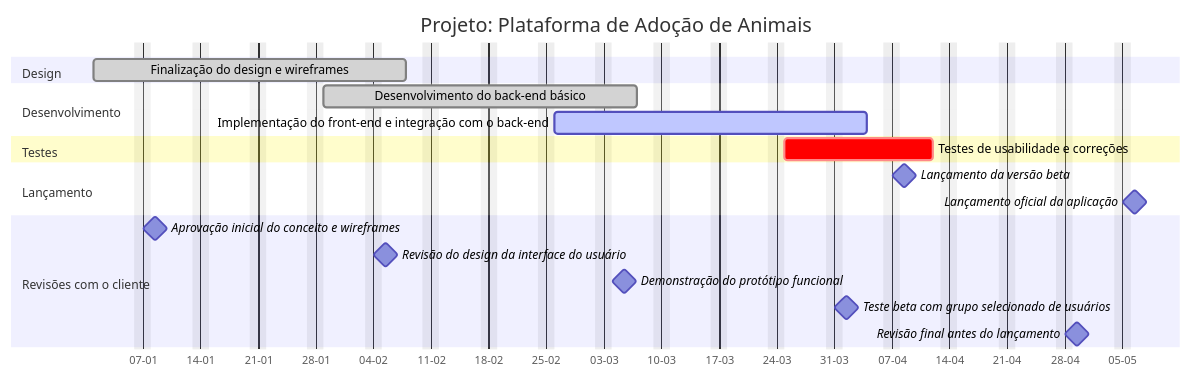
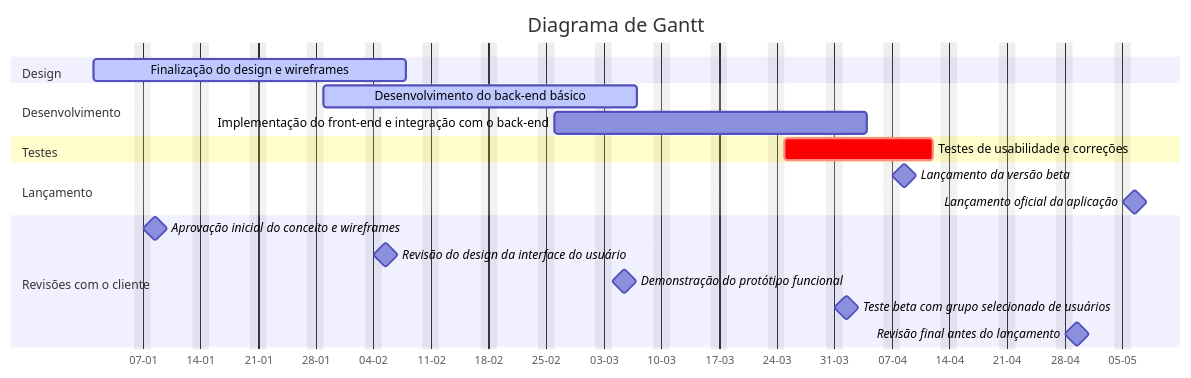
The diagram in project-management/README.md (genesluna/ads-cesmac), drawn with Mermaid before and after one commit.

````diff
--- a/project-management/README.md
+++ b/project-management/README.md
@@ -57,28 +57,28 @@
 ```mermaid
 gantt
-    title Projeto: Plataforma de Adoção de Animais
+    title  Diagrama de Gantt
     dateFormat  DD-MM-YYYY
     axisFormat %d-%m
     excludes    weekends
 
     section Design
-    Finalização do design e wireframes: done, des1, 01-01-2024, 4w
+    Finalização do design e wireframes: active, des1, 01-01-2024, 4w
 
     section Desenvolvimento
-    Desenvolvimento do back-end básico: done, dev1, 29-01-2024, 4w
-    Implementação do front-end e integração com o back-end: active, dev2, 26-02-2024, 4w
+    Desenvolvimento do back-end básico: active, dev1, 29-01-2024, 4w
+    Implementação do front-end e integração com o back-end: dev2, 26-02-2024, 4w
 
     section Testes
     Testes de usabilidade e correções: crit, test1, 25-03-2024, 2w
 
     section Lançamento
     Lançamento da versão beta: milestone, beta1, 08-04-2024, 1d
     Lançamento oficial da aplicação: milestone, rel1, 06-05-2024, 1d
 
     section Revisões com o cliente
     Aprovação inicial do conceito e wireframes: milestone, rev1, 08-01-2024, 1d
     Revisão do design da interface do usuário: milestone, rev2, 05-02-2024, 1d
     Demonstração do protótipo funcional: milestone, rev3, 05-03-2024, 1d
     Teste beta com grupo selecionado de usuários: milestone, rev4, 01-04-2024, 1d
     Revisão final antes do lançamento: milestone, rev5, 29-04-2024, 1d
 ```
````
